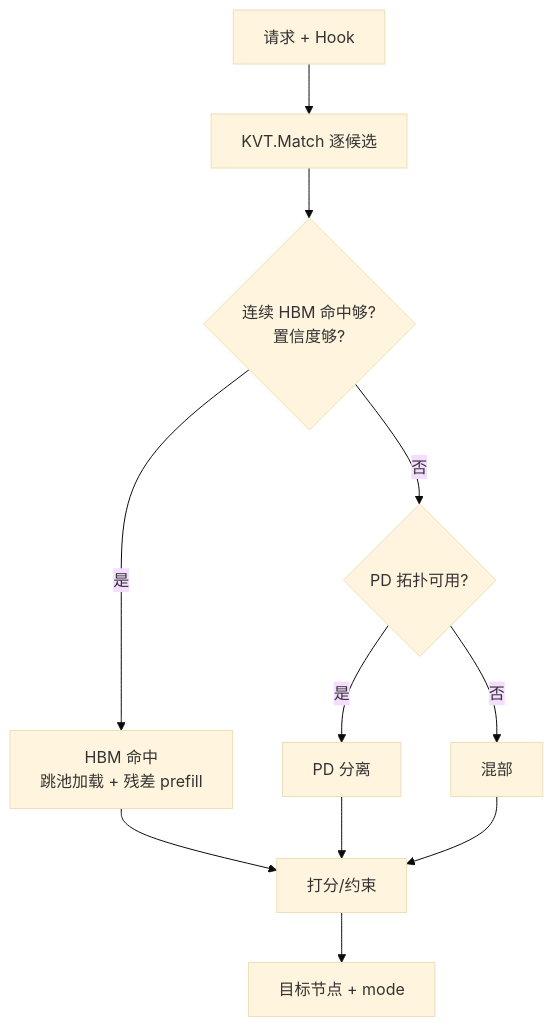
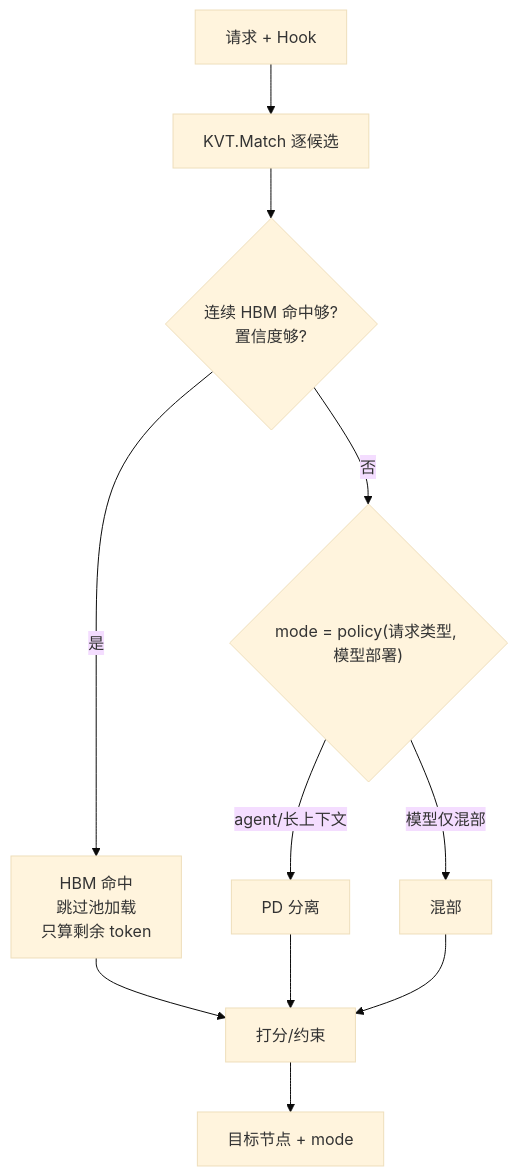
The fifth of 9 diagrams in kvcm/design/D8a-scheduling-algorithms.md (5x8-40/lake), drawn with Mermaid (base theme) before and after one commit. The commit also changed other lines of this file, not shown here.

First line of the commit message:
docs(kvcm): D8a 自检收口——PD 策略、HBM 命中、decode 边界与符号

````diff
--- a/kvcm/design/D8a-scheduling-algorithms.md
+++ b/kvcm/design/D8a-scheduling-algorithms.md
@@ -306,13 +317,13 @@
 ```mermaid
 flowchart TB
     S["请求 + Hook"] --> M["KVT.Match 逐候选"]
     M --> H{"连续 HBM 命中够?<br/>置信度够?"}
-    H -->|"是"| HB["HBM 命中<br/>跳池加载 + 残差 prefill"]
-    H -->|"否"| P{"PD 拓扑可用?"}
-    P -->|"是"| PD["PD 分离"]
-    P -->|"否"| CO["混部"]
+    H -->|"是"| HB["HBM 命中<br/>跳过池加载<br/>只算剩余 token"]
+    H -->|"否"| P{"mode = policy(请求类型, 模型部署)"}
+    P -->|"agent/长上下文"| PD["PD 分离"]
+    P -->|"模型仅混部"| CO["混部"]
     HB --> SEL["打分/约束"]
     PD --> SEL
     CO --> SEL
     SEL --> D["目标节点 + mode"]
 ```
````
